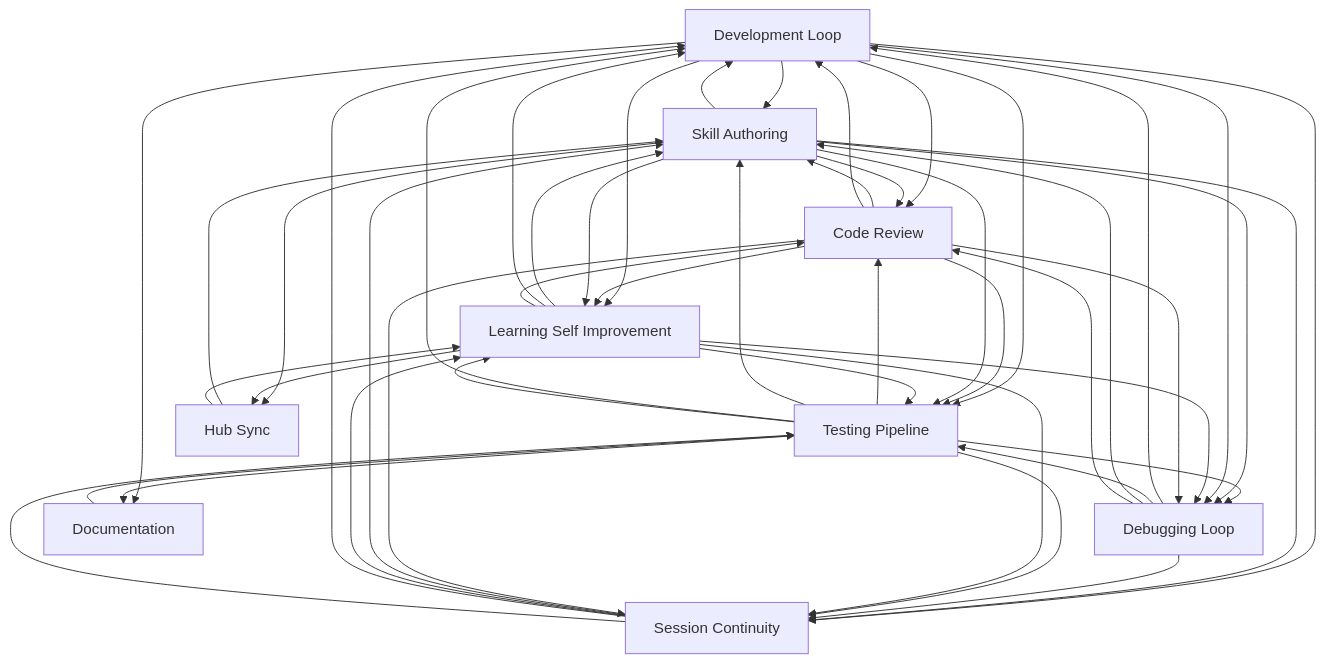
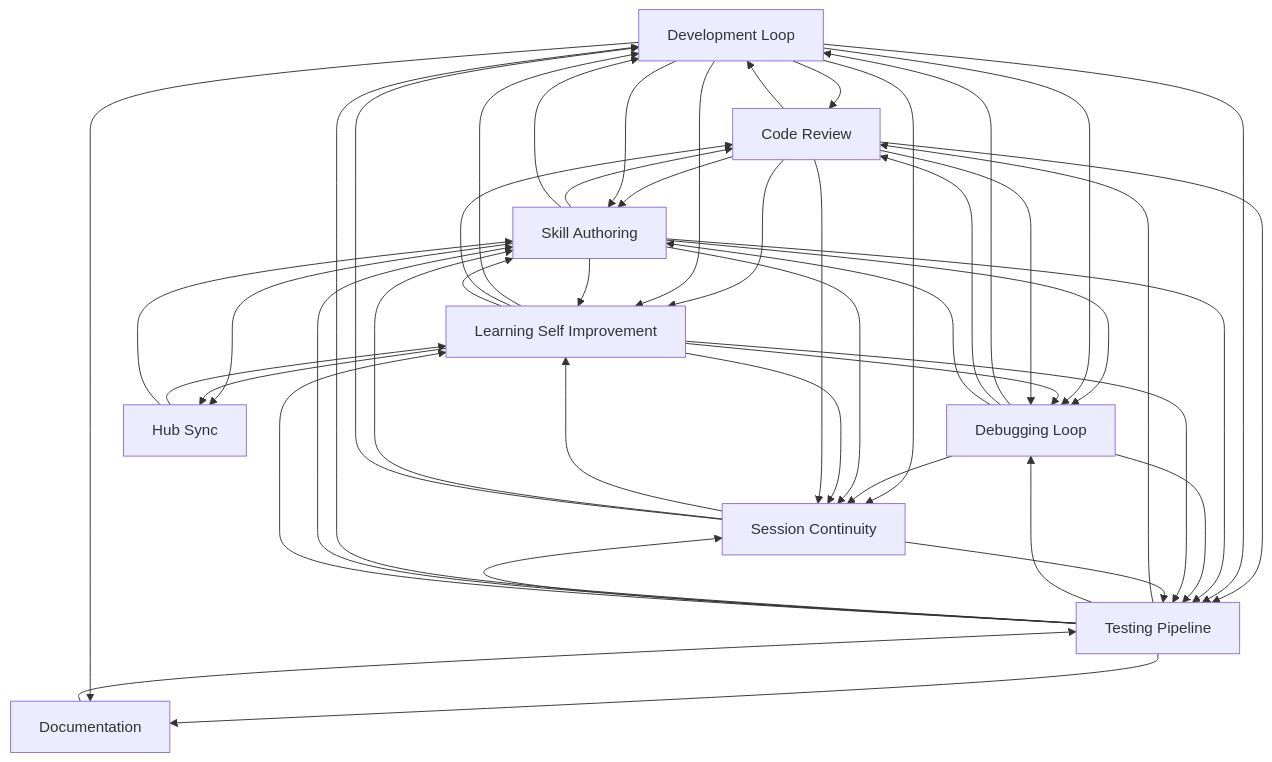
The diagram in docs/workflows/INDEX.md (abhayla/claude-best-practices), drawn with Mermaid before and after one commit. The commit also changed other lines of this file and 11 other files, not shown here.

````diff
--- a/docs/workflows/INDEX.md
+++ b/docs/workflows/INDEX.md
@@ -21,58 +21,58 @@
 ```mermaid
 graph TD
     development_loop[Development Loop]
     testing_pipeline[Testing Pipeline]
     debugging_loop[Debugging Loop]
     learning_self_improvement[Learning Self Improvement]
     session_continuity[Session Continuity]
     skill_authoring[Skill Authoring]
     code_review[Code Review]
     documentation[Documentation]
     hub_sync[Hub Sync]
     documentation --> testing_pipeline
-    development_loop --> skill_authoring
-    development_loop --> code_review
     code_review --> skill_authoring
     code_review --> development_loop
+    development_loop --> code_review
+    development_loop --> skill_authoring
+    code_review --> learning_self_improvement
+    code_review --> testing_pipeline
     development_loop --> learning_self_improvement
     development_loop --> testing_pipeline
-    code_review --> learning_self_improvement
-    code_review --> testing_pipeline
     testing_pipeline --> code_review
     testing_pipeline --> debugging_loop
+    testing_pipeline --> development_loop
     testing_pipeline --> skill_authoring
-    testing_pipeline --> development_loop
+    skill_authoring --> code_review
     skill_authoring --> development_loop
-    skill_authoring --> code_review
     skill_authoring --> learning_self_improvement
     skill_authoring --> testing_pipeline
     development_loop --> session_continuity
-    skill_authoring --> session_continuity
     debugging_loop --> session_continuity
     debugging_loop --> development_loop
+    skill_authoring --> session_continuity
     testing_pipeline --> session_continuity
+    debugging_loop --> code_review
+    debugging_loop --> skill_authoring
+    debugging_loop --> testing_pipeline
     skill_authoring --> debugging_loop
-    debugging_loop --> testing_pipeline
-    debugging_loop --> skill_authoring
-    debugging_loop --> code_review
     development_loop --> debugging_loop
-    learning_self_improvement --> testing_pipeline
-    learning_self_improvement --> skill_authoring
     learning_self_improvement --> debugging_loop
     learning_self_improvement --> development_loop
     learning_self_improvement --> code_review
+    learning_self_improvement --> skill_authoring
+    learning_self_improvement --> testing_pipeline
     code_review --> debugging_loop
     learning_self_improvement --> session_continuity
+    code_review --> session_continuity
     testing_pipeline --> learning_self_improvement
-    code_review --> session_continuity
+    session_continuity --> learning_self_improvement
     session_continuity --> skill_authoring
-    session_continuity --> learning_self_improvement
+    testing_pipeline --> documentation
     development_loop --> documentation
-    testing_pipeline --> documentation
     session_continuity --> development_loop
     session_continuity --> testing_pipeline
     skill_authoring --> hub_sync
     learning_self_improvement --> hub_sync
+    hub_sync --> learning_self_improvement
     hub_sync --> skill_authoring
-    hub_sync --> learning_self_improvement
 ```
````
